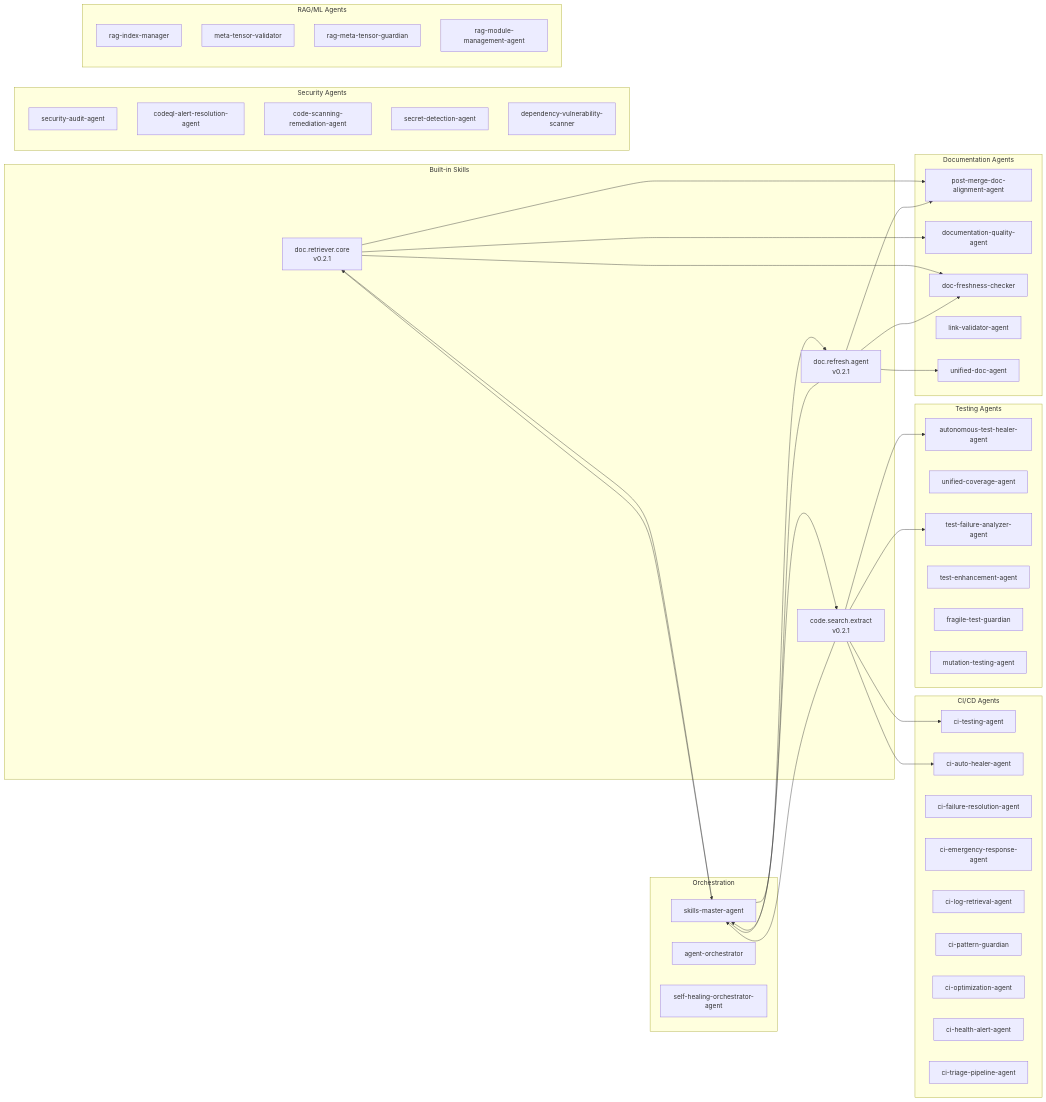
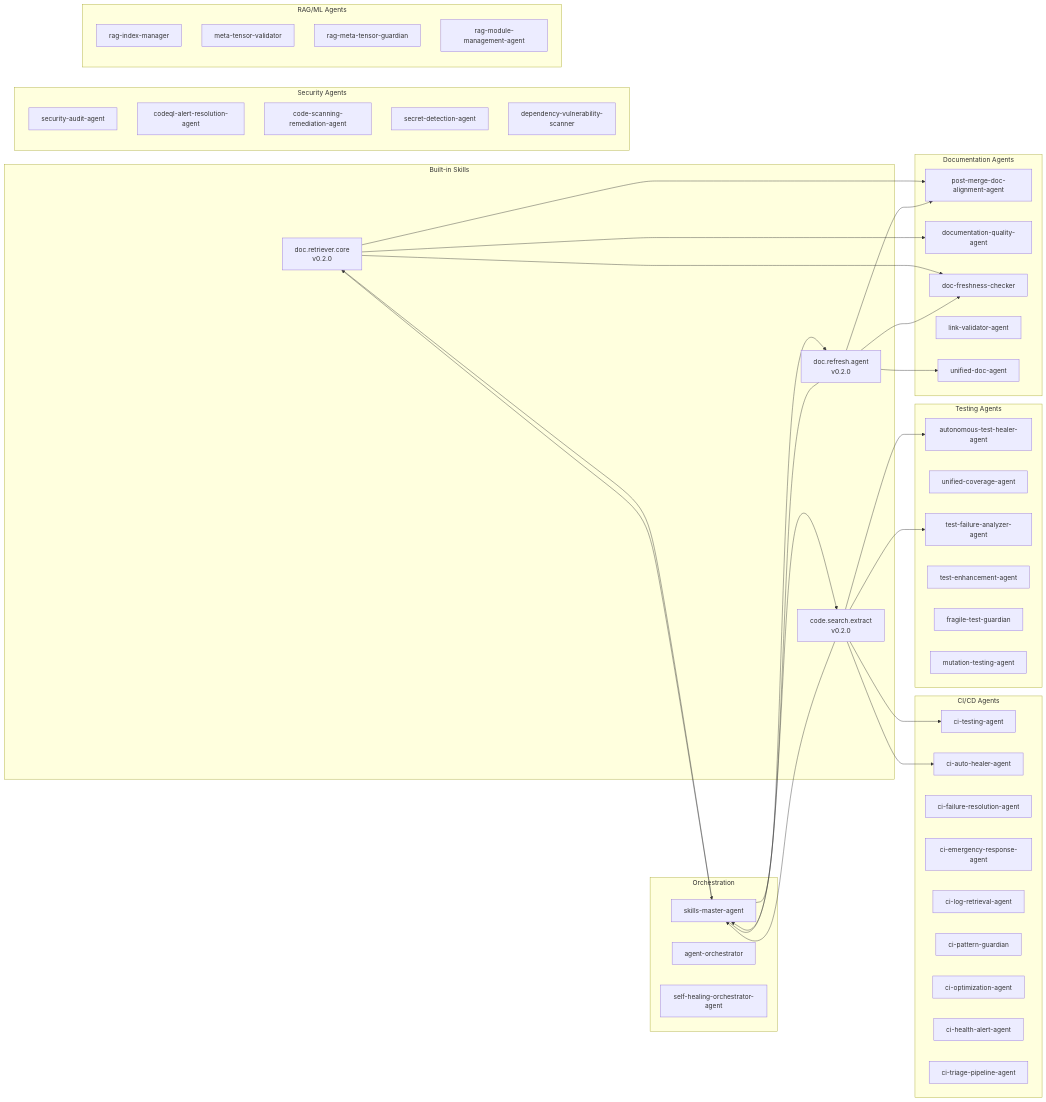
The first of 5 diagrams in docs/discussions/SKILLS_TELEMETRY_DASHBOARD.md (Aries-Serpent/_codex_), drawn with Mermaid before and after one commit. The commit also changed other lines of this file and 4117 other files, not shown here.

````diff
--- a/docs/discussions/SKILLS_TELEMETRY_DASHBOARD.md
+++ b/docs/discussions/SKILLS_TELEMETRY_DASHBOARD.md
@@ -22,64 +22,68 @@
 ```mermaid
-%%{init: {'accessibility': {'title': 'Flowchart showing "doc.retriever.core\nv0.2.1", "doc.refresh.agent\nv0.2.1"'}}%%
+%%{init: {'accessibility': {'title': 'Flowchart showing "doc.retriever.core\nv0.2.0", "doc.refresh.agent\nv0.2.0"'}}%%
+
 graph LR
-    subgraph "Built-in Skills"
-        S1["doc.retriever.core\nv0.2.1"]
-        S2["doc.refresh.agent\nv0.2.1"]
-        S3["code.search.extract\nv0.2.1"]
-    end
+ subgraph "Built-in Skills"
+ S1["doc.retriever.core\nv0.2.0"]
+ S2["doc.refresh.agent\nv0.2.0"]
+ S3["code.search.extract\nv0.2.0"]
+ end
 
-    subgraph "CI/CD Agents"
-        A1[ci-testing-agent]
-        A2[ci-auto-healer-agent]
-        A3[ci-failure-resolution-agent]
-        A4[ci-emergency-response-agent]
-        A5[ci-log-retrieval-agent]
-        A6[ci-pattern-guardian]
-        A7[ci-optimization-agent]
-        A8[ci-health-alert-agent]
-        A9[ci-triage-pipeline-agent]
-    end
+ subgraph "CI/CD Agents"
+ A1[ci-testing-agent]
+ A2[ci-auto-healer-agent]
+ A3[ci-failure-resolution-agent]
+ A4[ci-emergency-response-agent]
+ A5[ci-log-retrieval-agent]
+ A6[ci-pattern-guardian]
+ A7[ci-optimization-agent]
+ A8[ci-health-alert-agent]
+ A9[ci-triage-pipeline-agent]
+ end
 
-    subgraph "Testing Agents"
-        B1[autonomous-test-healer-agent]
-        B2[unified-coverage-agent]
-        B3[test-failure-analyzer-agent]
-        B4[test-enhancement-agent]
-        B5[fragile-test-guardian]
-        B6[mutation-testing-agent]
-    end
+ subgraph "Testing Agents"
+ B1[autonomous-test-healer-agent]
+ B2[unified-coverage-agent]
+ B3[test-failure-analyzer-agent]
+ B4[test-enhancement-agent]
+ B5[fragile-test-guardian]
+ B6[mutation-testing-agent]
+ end
 
-    subgraph "Documentation Agents"
-        C1[post-merge-doc-alignment-agent]
-        C2[documentation-quality-agent]
-        C3[doc-freshness-checker]
-        C4[link-validator-agent]
-        C5[unified-doc-agent]
-    end
+ subgraph "Documentation Agents"
+ C1[post-merge-doc-alignment-agent]
+ C2[documentation-quality-agent]
+ C3[doc-freshness-checker]
+ C4[link-validator-agent]
+ C5[unified-doc-agent]
+ end
 
-    subgraph "Security Agents"
-        D1[security-audit-agent]
-        D2[codeql-alert-resolution-agent]
-        D3[code-scanning-remediation-agent]
-        D4[secret-detection-agent]
-        D5[dependency-vulnerability-scanner]
-    end
+ subgraph "Security Agents"
+ D1[security-audit-agent]
+ D2[codeql-alert-resolution-agent]
+ D3[code-scanning-remediation-agent]
+ D4[secret-detection-agent]
+ D5[dependency-vulnerability-scanner]
+ end
 
-    subgraph "RAG/ML Agents"
-        E1[rag-index-manager]
-        E2[meta-tensor-validator]
-        E3[rag-meta-tensor-guardian]
-        E4[rag-module-management-agent]
-    end
+ subgraph "RAG/ML Agents"
+ E1[rag-index-manager]
+ E2[meta-tensor-validator]
+ E3[rag-meta-tensor-guardian]
+ E4[rag-module-management-agent]
+ end
 
-    subgraph "Orchestration"
-        F1[skills-master-agent]
-        F2[agent-orchestrator]
-        F3[self-healing-orchestrator-agent]
-    end
+ subgraph "Orchestration"
+ F1[skills-master-agent]
+ F2[agent-orchestrator]
+ F3[self-healing-orchestrator-agent]
+ end
 
-    S1 --> C1 & C2 & C3 & F1
-    S2 --> C1 & C3 & C5 & F1
-    S3 --> A1 & A2 & B1 & B3 & F1
-    F1 --> S1 & S2 & S3
+ S1 --> C1 & C2 & C3 & F1
+
+ S2 --> C1 & C3 & C5 & F1
+
+ S3 --> A1 & A2 & B1 & B3 & F1
+
+ F1 --> S1 & S2 & S3
 ```
````
